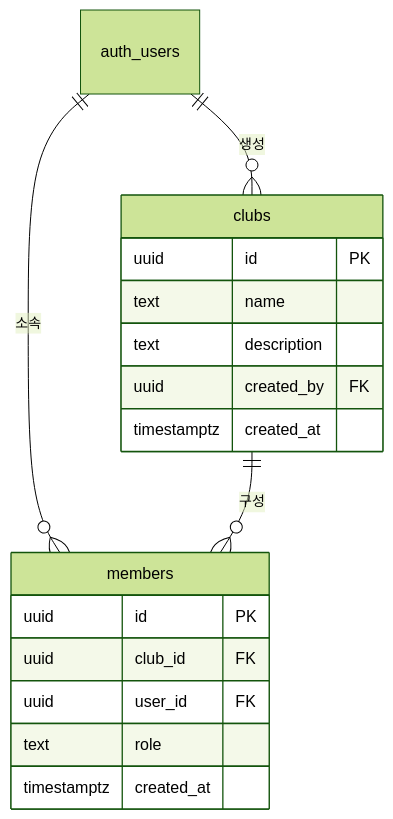
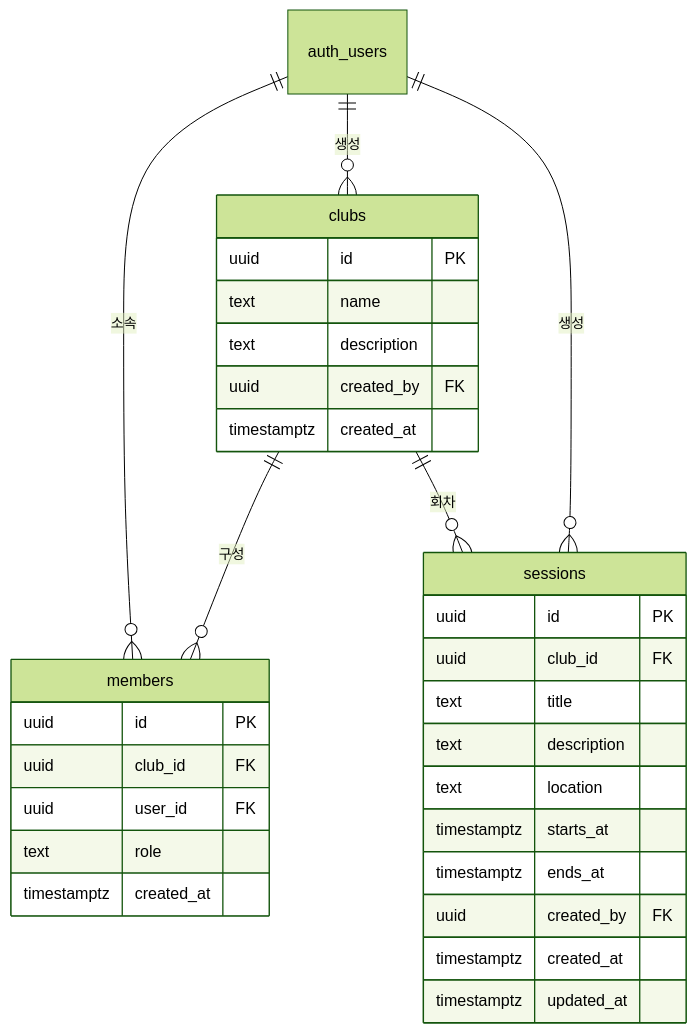
Before and after one commit to pkdee/ai-club-os: the diagram in docs/DATABASE.md, drawn with Mermaid (forest theme). The commit also changed other lines of this file and 6 other files, not shown here.

````diff
--- a/docs/DATABASE.md
+++ b/docs/DATABASE.md
@@ -42,22 +47,37 @@
 ```mermaid
 erDiagram
   auth_users ||--o{ members : "소속"
   clubs ||--o{ members : "구성"
   auth_users ||--o{ clubs : "생성"
+  clubs ||--o{ sessions : "회차"
+  auth_users ||--o{ sessions : "생성"
 
   clubs {
     uuid id PK
     text name
     text description
     uuid created_by FK
     timestamptz created_at
   }
 
   members {
     uuid id PK
     uuid club_id FK
     uuid user_id FK
     text role
     timestamptz created_at
   }
+
+  sessions {
+    uuid id PK
+    uuid club_id FK
+    text title
+    text description
+    text location
+    timestamptz starts_at
+    timestamptz ends_at
+    uuid created_by FK
+    timestamptz created_at
+    timestamptz updated_at
+  }
 ```
````
